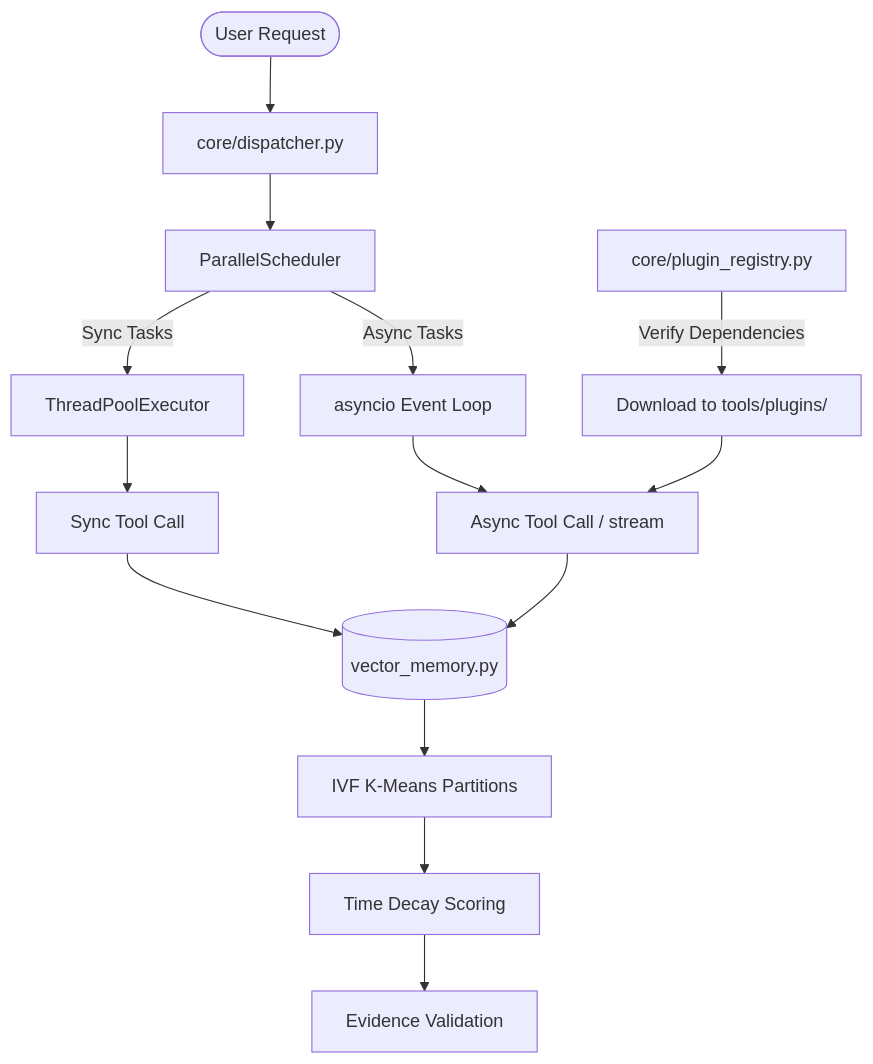
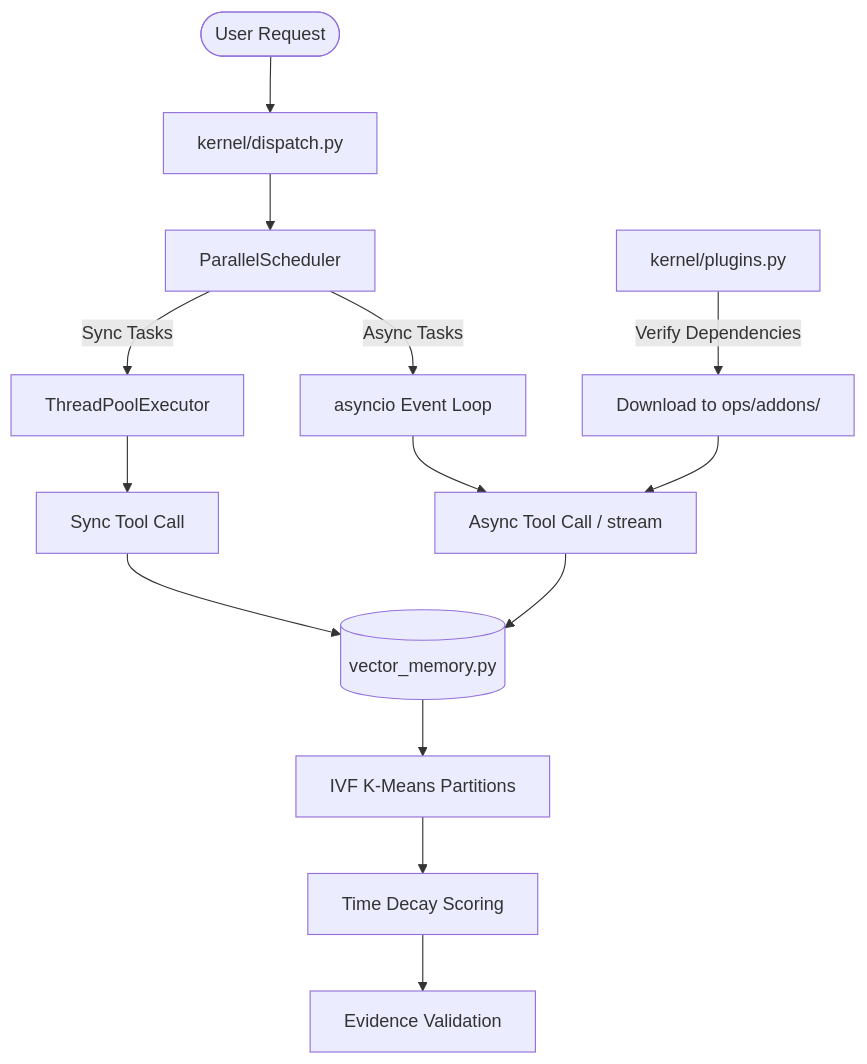
The diagram in .planning/milestones/v1.0-phases/04-memory-extensibility-and-resiliency-harness/04-RESEARCH.md (shrs425p/AgenticOS), drawn with Mermaid before and after one commit. The commit also changed other lines of this file and 531 other files, not shown here.

````diff
--- a/.planning/milestones/v1.0-phases/04-memory-extensibility-and-resiliency-harness/04-RESEARCH.md
+++ b/.planning/milestones/v1.0-phases/04-memory-extensibility-and-resiliency-harness/04-RESEARCH.md
@@ -85,20 +85,20 @@
 ```mermaid
 graph TD
-    User([User Request]) --> Dispatcher[core/dispatcher.py]
+    User([User Request]) --> Dispatcher[kernel/dispatch.py]
     Dispatcher --> WaveScheduler[ParallelScheduler]
     WaveScheduler -->|Sync Tasks| ThreadExecutor[ThreadPoolExecutor]
     WaveScheduler -->|Async Tasks| AsyncLoop[asyncio Event Loop]
     
     ThreadExecutor --> RunTool[Sync Tool Call]
     AsyncLoop --> RunAsyncTool[Async Tool Call / stream]
     
     RunTool --> MemoryDB[(vector_memory.py)]
     RunAsyncTool --> MemoryDB
     
     MemoryDB --> IVF[IVF K-Means Partitions]
     IVF --> Decay[Time Decay Scoring]
     Decay --> Filter[Evidence Validation]
     
-    Registry[core/plugin_registry.py] -->|Verify Dependencies| Download[Download to tools/plugins/]
+    Registry[kernel/plugins.py] -->|Verify Dependencies| Download[Download to ops/addons/]
     Download --> RunAsyncTool
 ```
````
